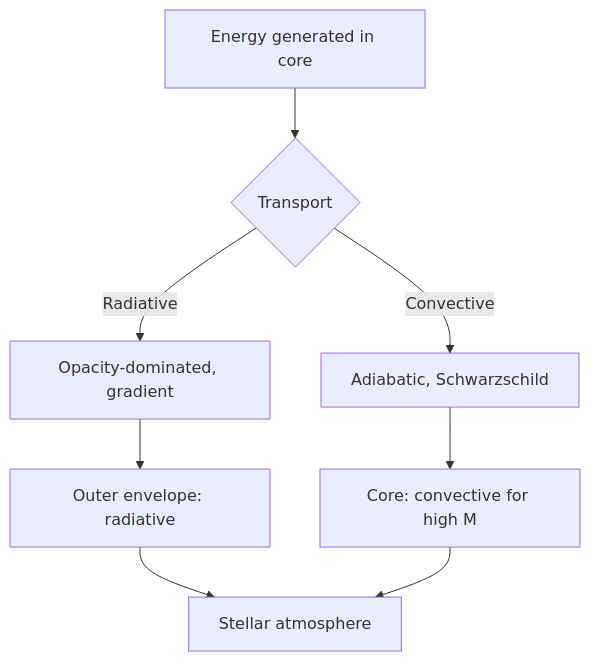
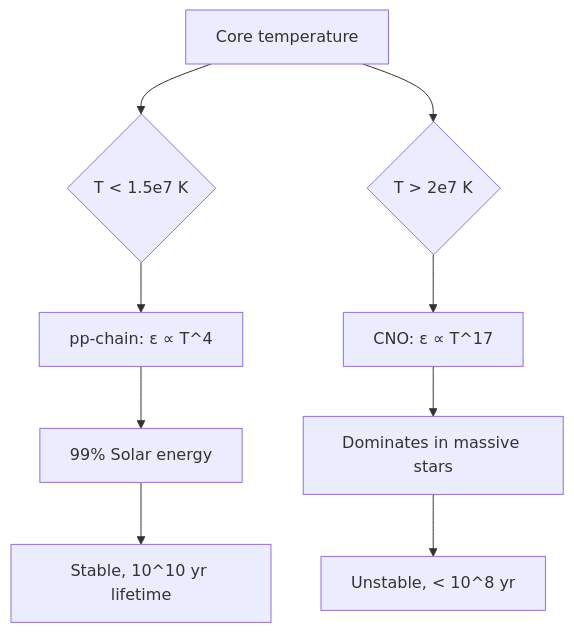
The sixth of 7 diagrams in 01_BSc_Physics/electives/PHYS_3071_Stellar_Astrophysics/README.md (yip-lgtm/PhysicsSelfStudy), drawn with Mermaid before and after one commit. The commit also changed other lines of this file and 4 other files, not shown here.

````diff
--- a/01_BSc_Physics/electives/PHYS_3071_Stellar_Astrophysics/README.md
+++ b/01_BSc_Physics/electives/PHYS_3071_Stellar_Astrophysics/README.md
@@ -160,10 +715,11 @@
 ```mermaid
 graph TD
-    A[Energy generated in core] --> B{Transport}
-    B -->|Radiative| C[Opacity-dominated, gradient]
-    B -->|Convective| D[Adiabatic, Schwarzschild]
-    C --> E[Outer envelope: radiative]
-    D --> F[Core: convective for high M]
-    E --> G[Stellar atmosphere]
-    F --> G
+    A[Core temperature] --> B{T < 1.5e7 K}
+    A --> C{T > 2e7 K}
+    B --> D[pp-chain: ε ∝ T^4]
+    C --> E[CNO: ε ∝ T^17]
+    D --> F[99% Solar energy]
+    E --> G[Dominates in massive stars]
+    F --> H[Stable, 10^10 yr lifetime]
+    G --> I[Unstable, < 10^8 yr]
 ```
````
